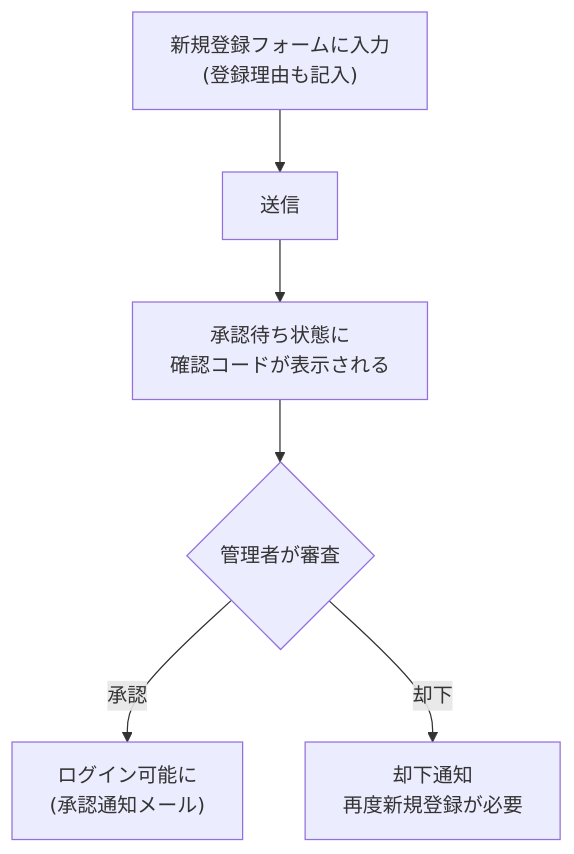
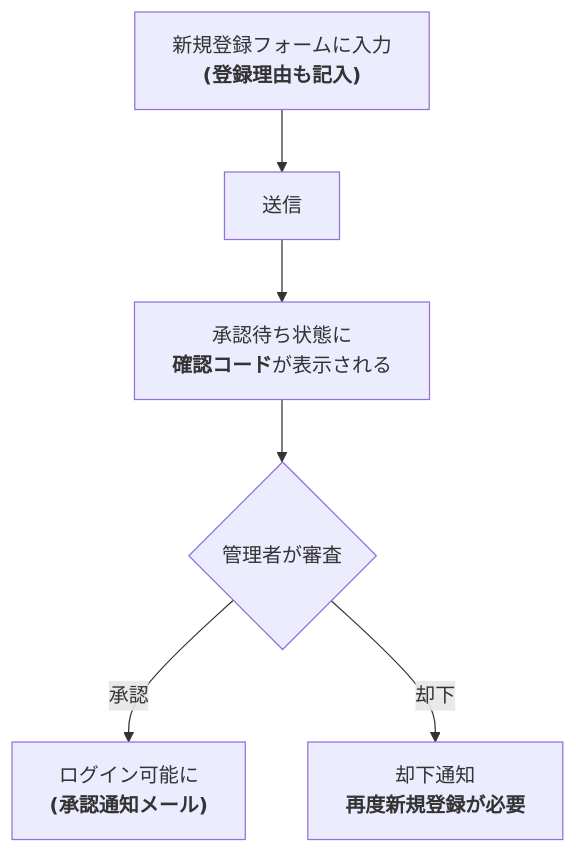
Before and after one commit to Zel9278/docs.mk-juice.dev: the diagram in docs/juice/approval-signup.md, drawn with Mermaid. The commit also changed 1 other file, not shown here.

Commit message:
fix: Mermaid図のノードラベルにMarkdown文字列記法(バッククォート)を使い太字を有効化
通常のダブルクォート囲みだと**強調**がそのまま文字列として表示されて
いたため、ラベルをバッククォートで囲むMermaidのMarkdown文字列記法に
変更(日英両方)。

Claude-Session: https://claude.ai/code/session_013bL1HKHayd8mZ2jzCnCP5Z

````diff
--- a/docs/juice/approval-signup.md
+++ b/docs/juice/approval-signup.md
@@ -7,8 +7,8 @@
 ```mermaid
 flowchart TD
-    A["新規登録フォームに入力<br/>(登録理由も記入)"] --> B[送信]
-    B --> C["承認待ち状態に<br/>確認コードが表示される"]
+    A["`新規登録フォームに入力<br/>**(登録理由も記入)**`"] --> B[送信]
+    B --> C["`承認待ち状態に<br/>**確認コード**が表示される`"]
     C --> D{管理者が審査}
-    D -->|承認| E["ログイン可能に<br/>(承認通知メール)"]
-    D -->|却下| F["却下通知<br/>再度新規登録が必要"]
+    D -->|承認| E["`ログイン可能に<br/>**(承認通知メール)**`"]
+    D -->|却下| F["`却下通知<br/>**再度新規登録が必要**`"]
 ```
````
